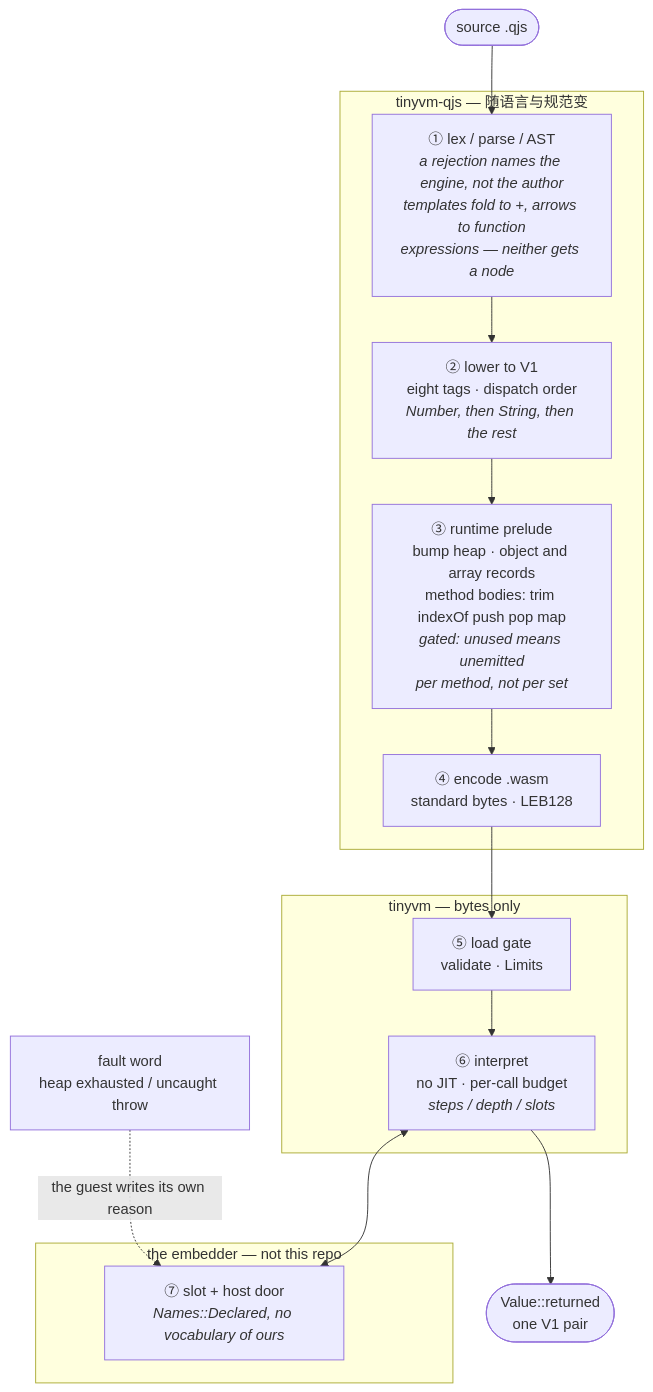
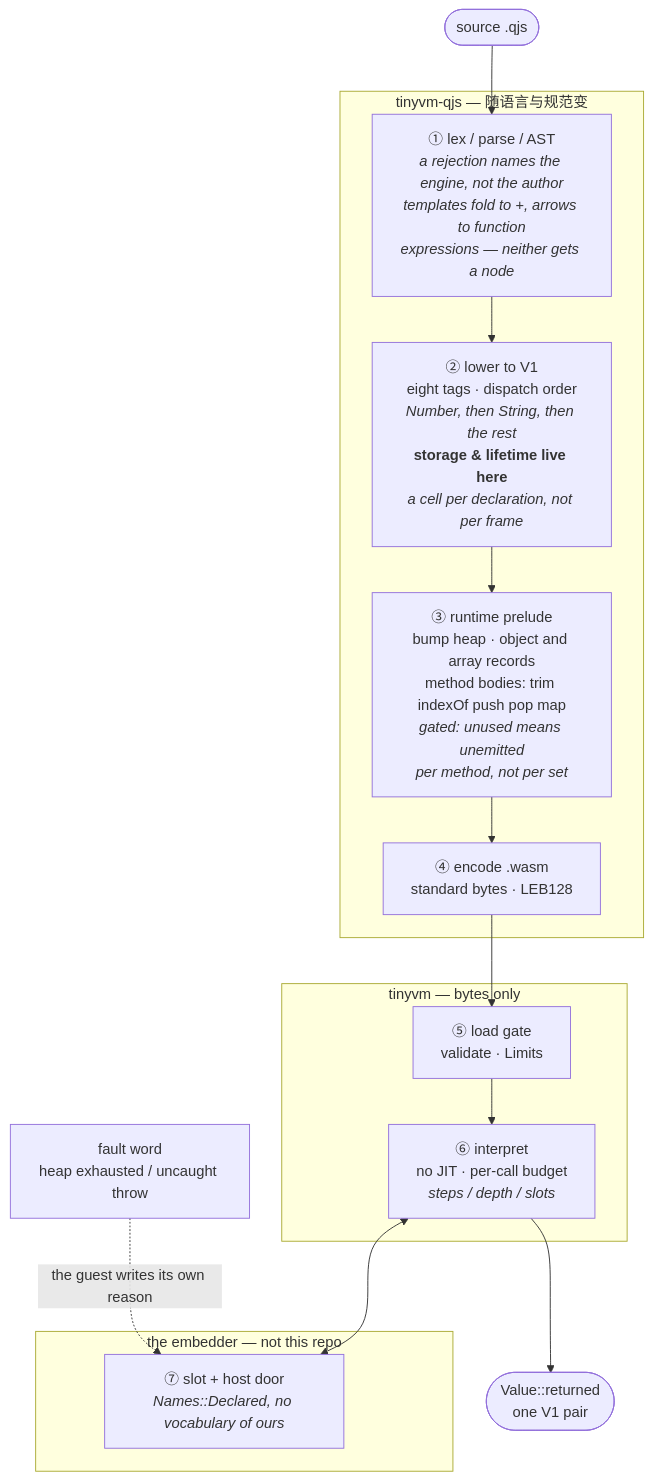
The diagram in prd/PRD.md (partnernetsoftware/tinyvm), drawn with Mermaid before and after one commit. The commit also changed other lines of this file, not shown here.

````diff
--- a/prd/PRD.md
+++ b/prd/PRD.md
@@ -54,26 +54,26 @@
 ```mermaid
 flowchart TD
   subgraph LANG["tinyvm-qjs — 随语言与规范变"]
     R1["① lex / parse / AST<br/><i>a rejection names the engine, not the author</i><br/><i>templates fold to +, arrows to function<br/>expressions — neither gets a node</i>"]
-    R2["② lower to V1<br/>eight tags · dispatch order<br/><i>Number, then String, then the rest</i>"]
+    R2["② lower to V1<br/>eight tags · dispatch order<br/><i>Number, then String, then the rest</i><br/><b>storage &amp; lifetime live here</b><br/><i>a cell per declaration, not per frame</i>"]
     R3["③ runtime prelude<br/>bump heap · object and array records<br/>method bodies: trim indexOf push pop map<br/><i>gated: unused means unemitted</i><br/><i>per method, not per set</i>"]
     R4["④ encode .wasm<br/>standard bytes · LEB128"]
     R1 --> R2 --> R3 --> R4
   end
 
   subgraph CORE["tinyvm — bytes only"]
     R5["⑤ load gate<br/>validate · Limits"]
     R6["⑥ interpret<br/>no JIT · per-call budget<br/><i>steps / depth / slots</i>"]
     R5 --> R6
   end
 
   subgraph HOST["the embedder — not this repo"]
     R7["⑦ slot + host door<br/><i>Names::Declared, no vocabulary of ours</i>"]
   end
 
   SRC(["source .qjs"]) --> R1
   R4 --> R5
   R6 <--> R7
   R6 --> OUT(["Value::returned<br/>one V1 pair"])
   FW["fault word<br/>heap exhausted / uncaught throw"] -.->|"the guest writes its own reason"| R7
 ```
````
